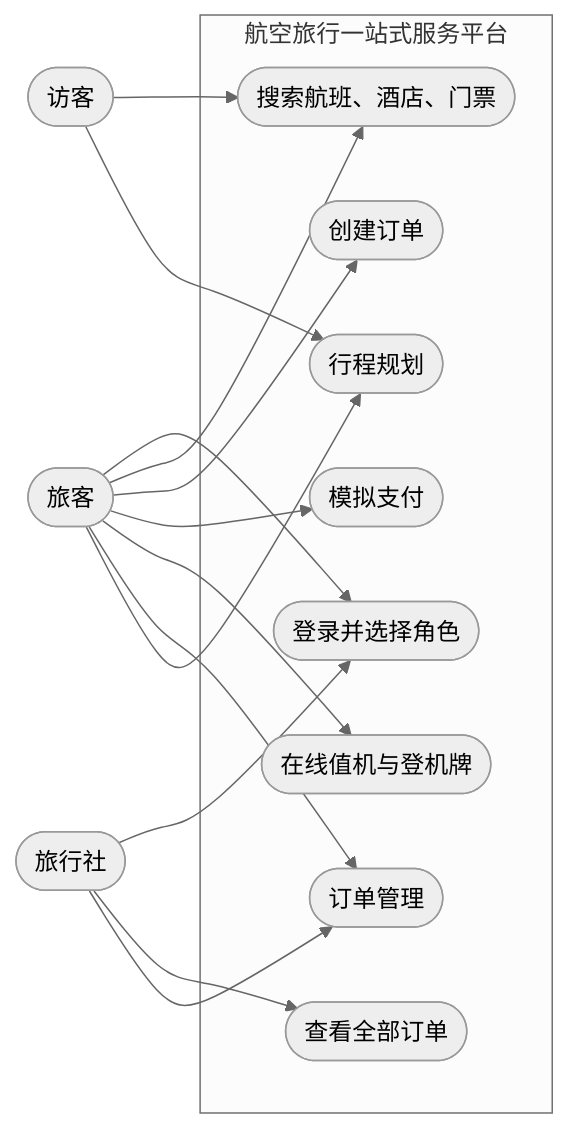
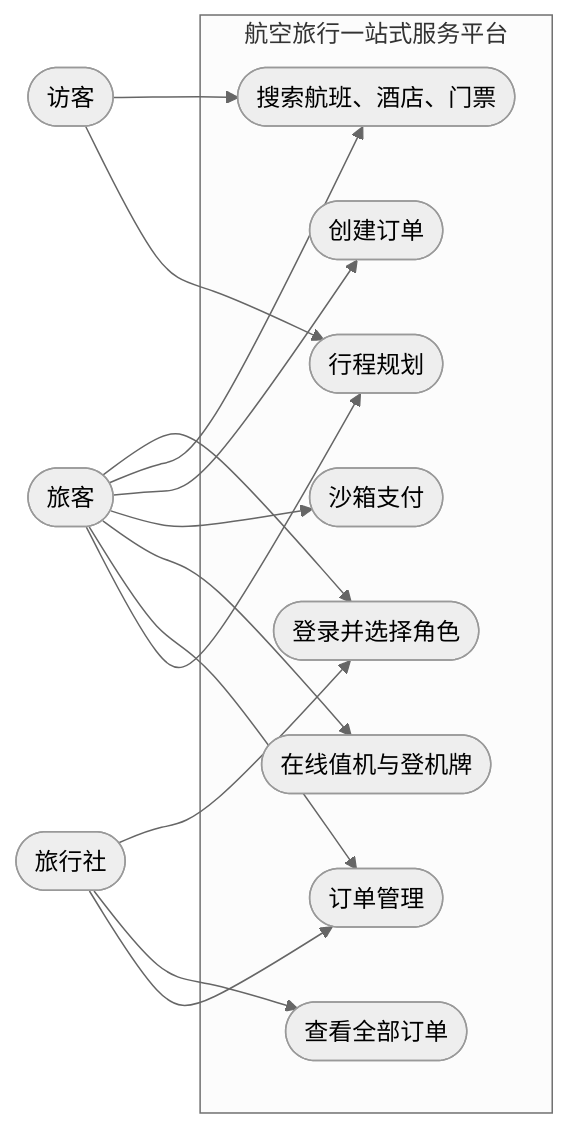
One commit to lonelyhty/hebut-xiecheng-se24 changed the first of 7 diagrams in docs/design.md. Above: the diagram before and after it, drawn with Mermaid (neutral theme). The commit also changed other lines of this file and 50 other files, not shown here.

````diff
--- a/docs/design.md
+++ b/docs/design.md
@@ -22,28 +22,28 @@
 ```mermaid
 flowchart LR
   Visitor([访客])
   Traveler([旅客])
   Agency([旅行社])
   subgraph Platform[航空旅行一站式服务平台]
     UC1([搜索航班、酒店、门票])
     UC2([登录并选择角色])
     UC3([创建订单])
-    UC4([模拟支付])
+    UC4([沙箱支付])
     UC5([在线值机与登机牌])
     UC6([订单管理])
     UC7([行程规划])
     UC8([查看全部订单])
   end
   Visitor --> UC1
   Visitor --> UC7
   Traveler --> UC2
   Traveler --> UC1
   Traveler --> UC3
   Traveler --> UC4
   Traveler --> UC5
   Traveler --> UC6
   Traveler --> UC7
   Agency --> UC2
   Agency --> UC8
   Agency --> UC6
 ```
````
